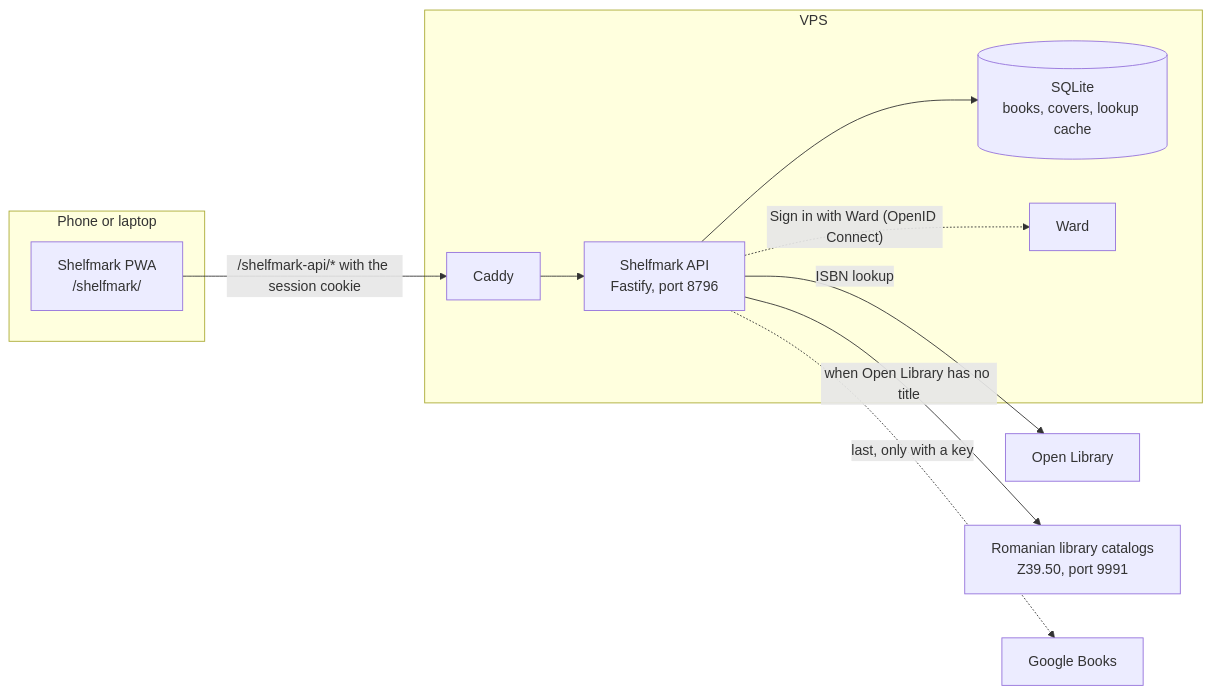
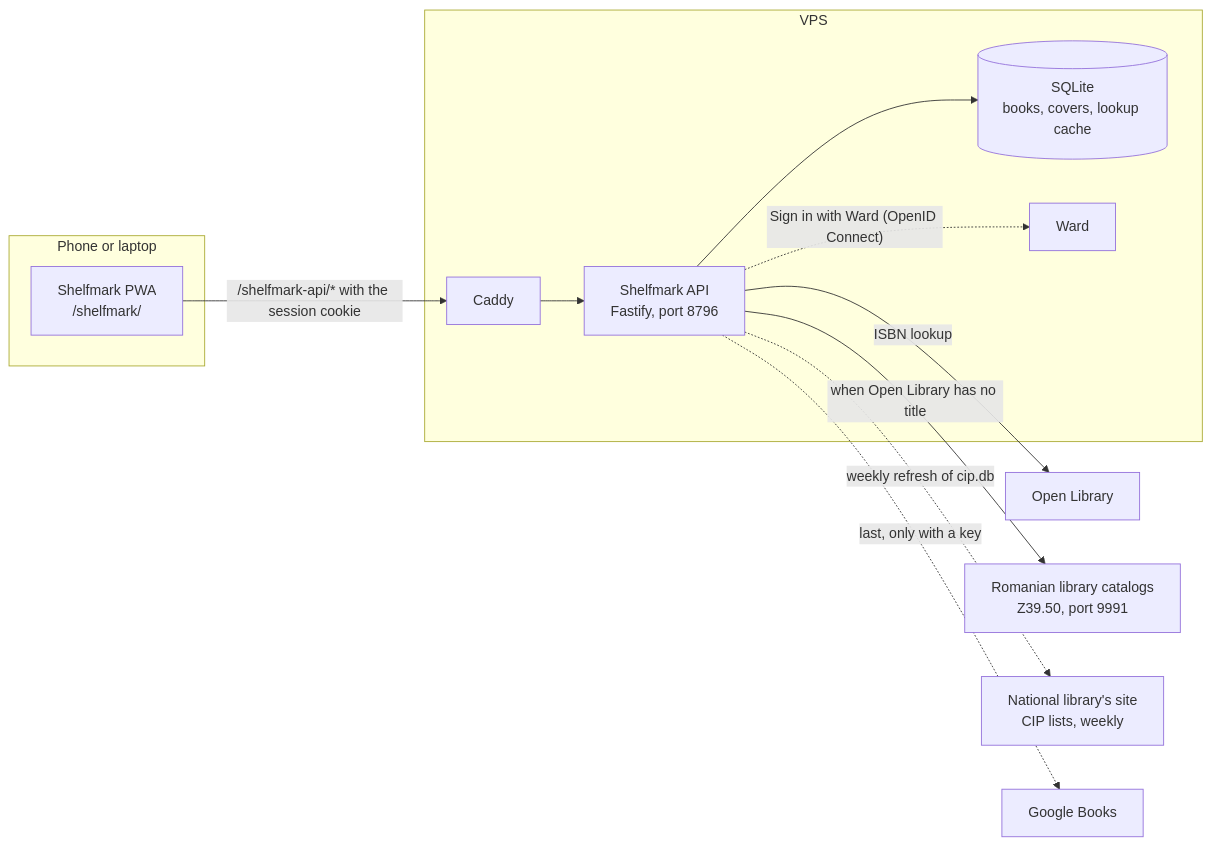
Before and after one commit to gandolh/shelfmark: the diagram in docs/architecture.md, drawn with Mermaid. The commit also changed other lines of this file and 35 other files, not shown here.

First line of the commit message:
Index the national library's CIP lists as a lookup source

````diff
--- a/docs/architecture.md
+++ b/docs/architecture.md
@@ -15,22 +15,24 @@
 ```mermaid
 flowchart LR
   subgraph device["Phone or laptop"]
     web["Shelfmark PWA<br/>/shelfmark/"]
   end
   subgraph vps["VPS"]
     caddy["Caddy"]
     api["Shelfmark API<br/>Fastify, port 8796"]
     db[("SQLite<br/>books, covers, lookup cache")]
     ward["Ward"]
   end
   ol["Open Library"]
   libs["Romanian library catalogs<br/>Z39.50, port 9991"]
+  bnr["National library's site<br/>CIP lists, weekly"]
   gb["Google Books"]
   web -- "/shelfmark-api/* with the session cookie" --> caddy
   caddy --> api
   api --> db
   api -- "ISBN lookup" --> ol
   api -- "when Open Library has no title" --> libs
+  api -. "weekly refresh of cip.db" .-> bnr
   api -. "last, only with a key" .-> gb
   api -. "Sign in with Ward (OpenID Connect)" .-> ward
 ```
````
